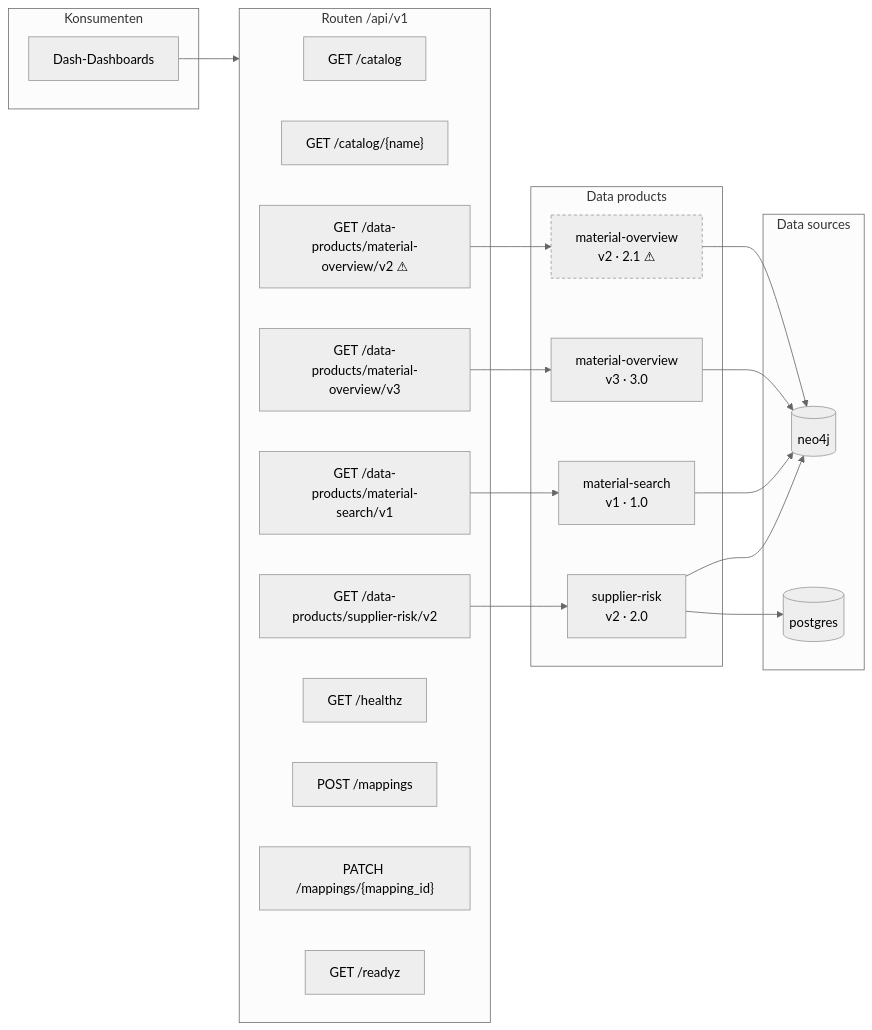
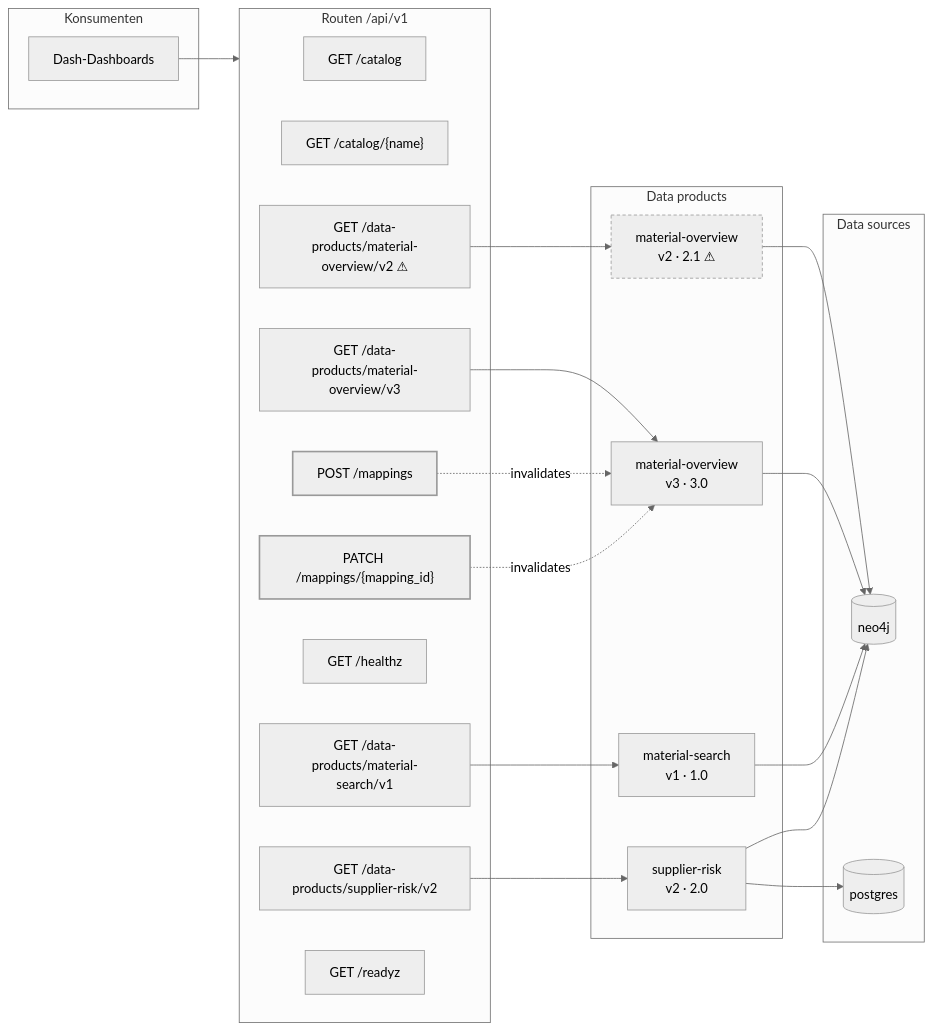
One commit to PlongoDongo/material_management_dashboard changed the first of 3 diagrams in docs/architecture.md. Above: the diagram before and after it, drawn with Mermaid (neutral theme). The commit also changed other lines of this file and 7 other files, not shown here.

First line of the commit message:
Schreibrouten: Rolle und Cache-Invalidierung als Dependencies, im Diagramm

````diff
--- a/docs/architecture.md
+++ b/docs/architecture.md
@@ -15,45 +15,49 @@
 ```mermaid
 flowchart LR
   subgraph clients["Konsumenten"]
     dash["Dash-Dashboards"]
   end
 
   subgraph routes["Routen /api/v1"]
     r__api_v1_catalog["GET /catalog"]
     r__api_v1_catalog__name_["GET /catalog/{name}"]
     r__api_v1_data_products_material_overview_v2["GET /data-products/material-overview/v2 ⚠"]
     r__api_v1_data_products_material_overview_v3["GET /data-products/material-overview/v3"]
     r__api_v1_data_products_material_search_v1["GET /data-products/material-search/v1"]
     r__api_v1_data_products_supplier_risk_v2["GET /data-products/supplier-risk/v2"]
     r__api_v1_healthz["GET /healthz"]
     r__api_v1_mappings["POST /mappings"]
     r__api_v1_mappings__mapping_id_["PATCH /mappings/{mapping_id}"]
     r__api_v1_readyz["GET /readyz"]
   end
 
   subgraph products["Data products"]
     p_material_overview_2["material-overview<br/>v2 · 2.1 ⚠"]
     p_material_overview_3["material-overview<br/>v3 · 3.0"]
     p_material_search_1["material-search<br/>v1 · 1.0"]
     p_supplier_risk_2["supplier-risk<br/>v2 · 2.0"]
   end
 
   subgraph sources["Data sources"]
     src_neo4j[("neo4j")]
     src_postgres[("postgres")]
   end
 
   dash --> routes
   r__api_v1_data_products_material_overview_v2 --> p_material_overview_2
   r__api_v1_data_products_material_overview_v3 --> p_material_overview_3
   r__api_v1_data_products_material_search_v1 --> p_material_search_1
   r__api_v1_data_products_supplier_risk_v2 --> p_supplier_risk_2
   p_material_overview_2 --> src_neo4j
   p_material_overview_3 --> src_neo4j
   p_material_search_1 --> src_neo4j
   p_supplier_risk_2 --> src_neo4j
   p_supplier_risk_2 --> src_postgres
+  r__api_v1_mappings -.->|invalidates| p_material_overview_3
+  r__api_v1_mappings__mapping_id_ -.->|invalidates| p_material_overview_3
 
   classDef deprecated stroke-dasharray: 4 3;
+  classDef write stroke-width:2px;
   class p_material_overview_2 deprecated;
+  class r__api_v1_mappings,r__api_v1_mappings__mapping_id_ write;
 ```
````
